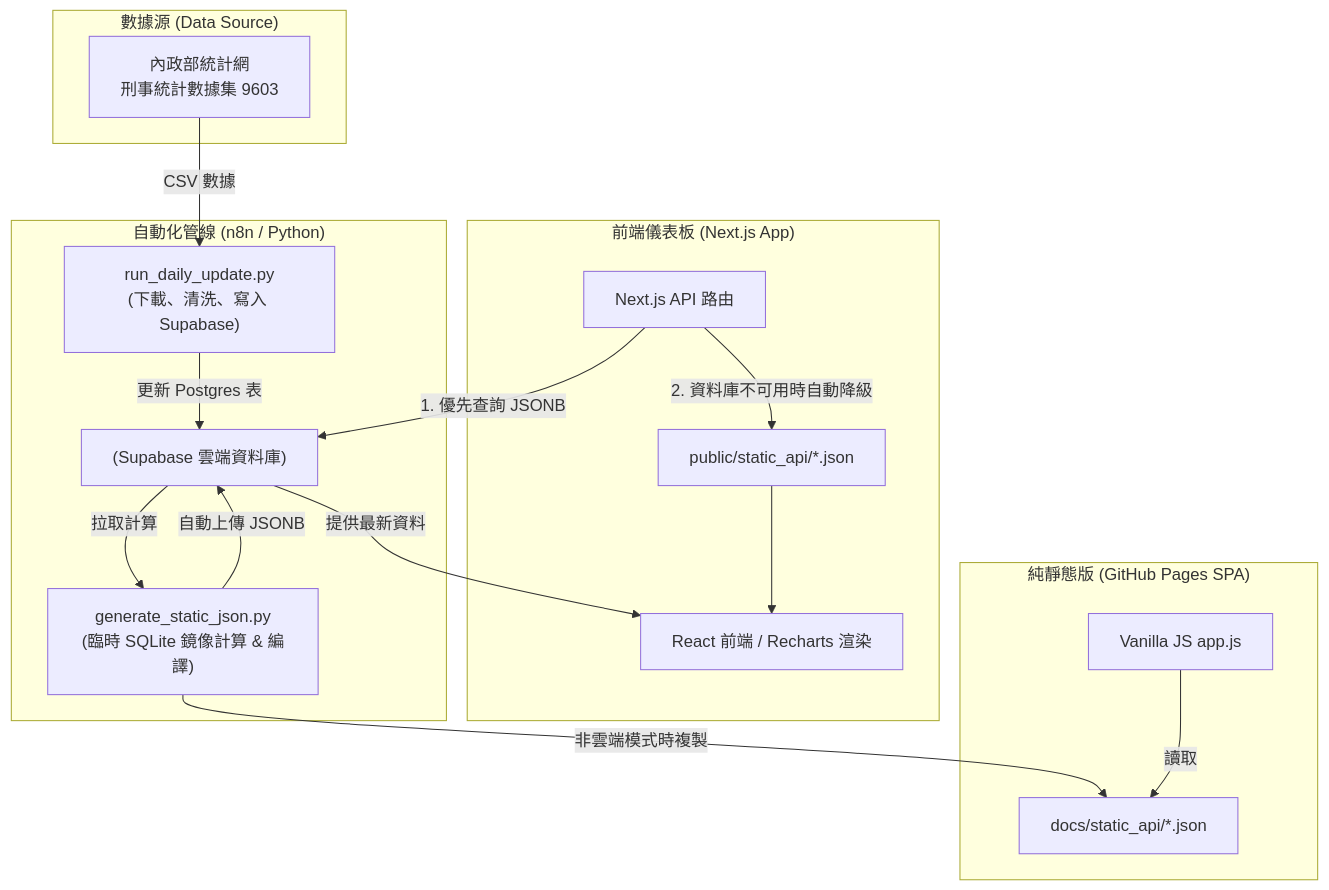
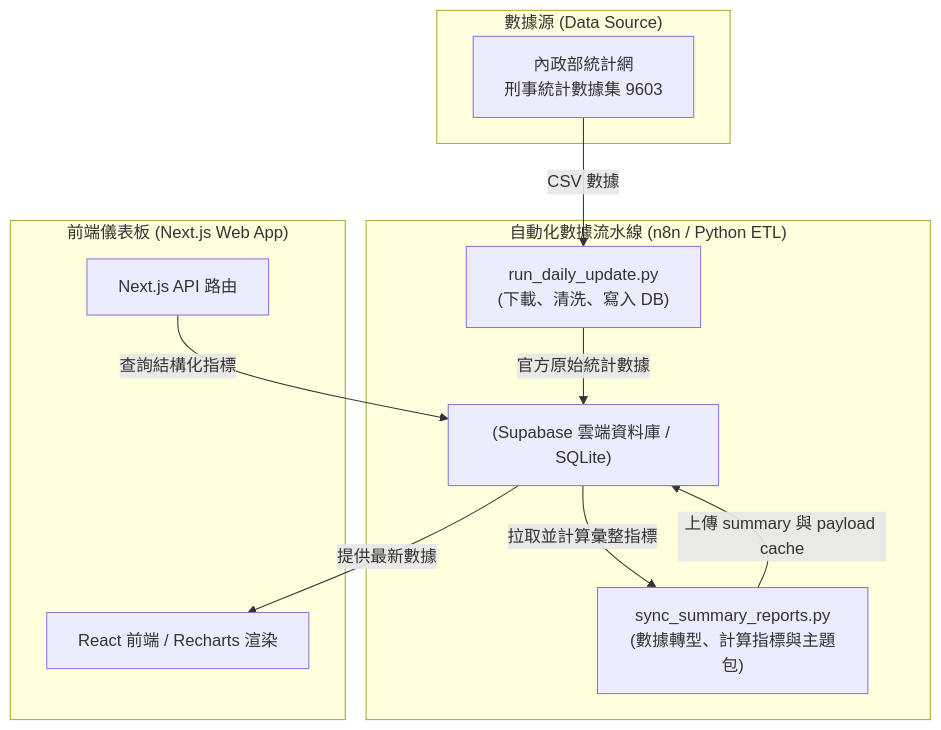
One commit to dec591nyc/PSJJV changed the diagram in README.md. Above: the diagram before and after it, drawn with Mermaid.

````diff
--- a/README.md
+++ b/README.md
@@ -40,27 +40,20 @@
 ```mermaid
 flowchart TD
     subgraph "數據源 (Data Source)"
         A[內政部統計網\n刑事統計數據集 9603]
     end
 
-    subgraph "自動化管線 (n8n / Python)"
-        B["run_daily_update.py\n(下載、清洗、寫入 Supabase)"]
-        C["generate_static_json.py\n(臨時 SQLite 鏡像計算 & 編譯)"]
+    subgraph "自動化數據流水線 (n8n / Python ETL)"
+        B["run_daily_update.py\n(下載、清洗、寫入 DB)"]
+        C["sync_summary_reports.py\n(數據轉型、計算指標與主題包)"]
         A -->|CSV 數據| B
-        B -->|更新 Postgres 表| D["(Supabase 雲端資料庫)"]
-        D -->|拉取計算| C
-        C -->|自動上傳 JSONB| D
-    end
-	
-   subgraph "前端儀表板 (Next.js App)"
-        F[Next.js API 路由] -->|1. 優先查詢 JSONB| D
-        F -->|2. 資料庫不可用時自動降級| G[public/static_api/*.json]
-        G --> H[React 前端 / Recharts 渲染]
-        D -->|提供最新資料| H
+        B -->|官方原始統計數據| D["(Supabase 雲端資料庫 / SQLite)"]
+        D -->|拉取並計算彙整指標| C
+        C -->|上傳 summary 與 payload cache| D
     end
 
-    subgraph "純靜態版 (GitHub Pages SPA)"
-        C -->|非雲端模式時複製| I[docs/static_api/*.json]
-        J[Vanilla JS app.js] -->|讀取| I
+    subgraph "前端儀表板 (Next.js Web App)"
+        F[Next.js API 路由] -->|查詢結構化指標| D
+        D -->|提供最新數據| H[React 前端 / Recharts 渲染]
     end
 ```
````
